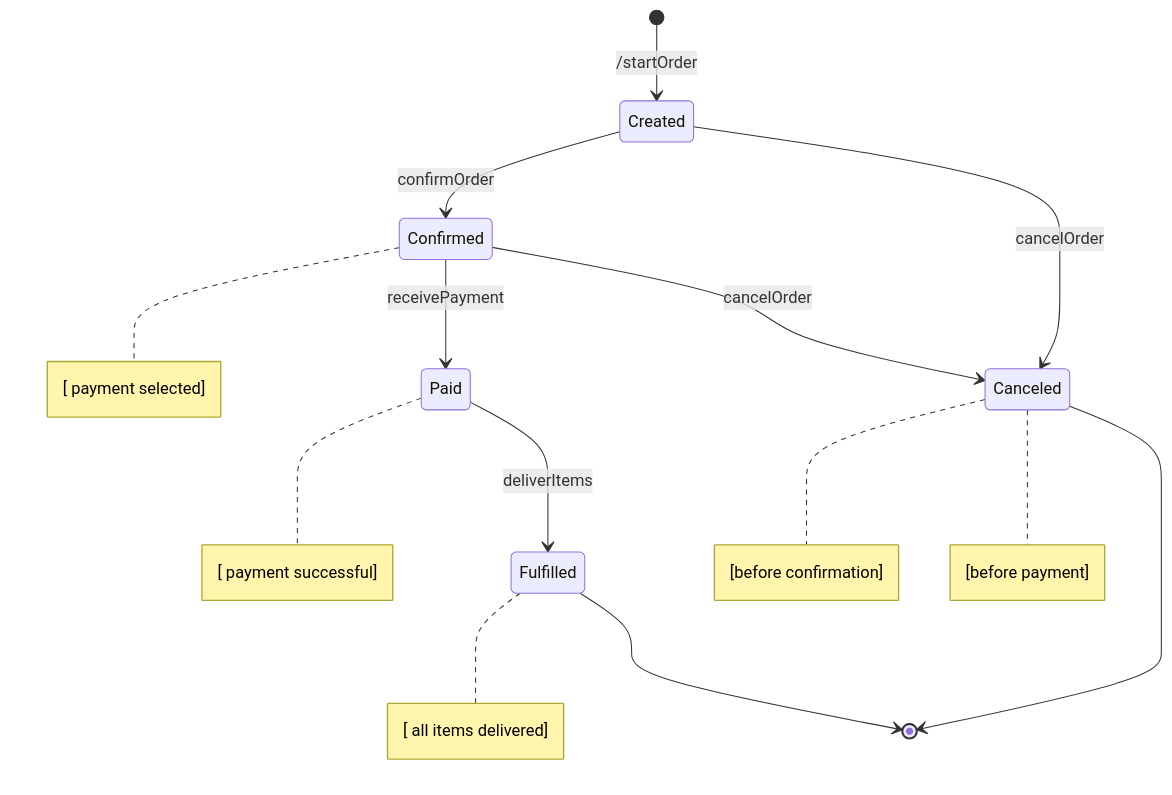
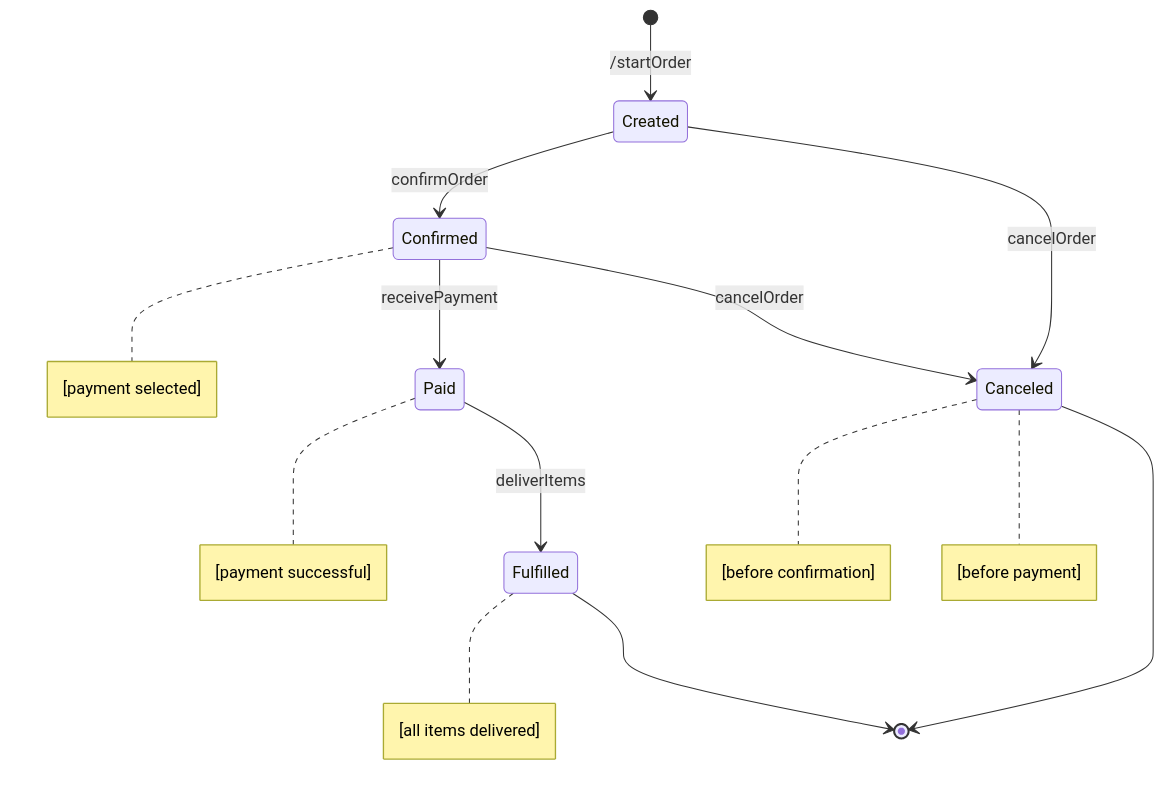
The third of 5 diagrams in State_Transition_Diagrams.md (NdumisoCPUT/informal-business-management), drawn with Mermaid before and after one commit. The commit also changed other lines of this file, not shown here.

````diff
--- a/State_Transition_Diagrams.md
+++ b/State_Transition_Diagrams.md
@@ -39,23 +39,23 @@
 ```mermaid
 stateDiagram-v2
     [*] --> Created : /startOrder
 
     Created --> Confirmed : confirmOrder  
-    note right of Confirmed : [ payment selected]
+    note right of Confirmed : [payment selected]
 
     Confirmed --> Paid : receivePayment  
-    note right of Paid : [ payment successful]
+    note right of Paid : [payment successful]
 
     Paid --> Fulfilled : deliverItems  
-    note right of Fulfilled : [ all items delivered]
+    note right of Fulfilled : [all items delivered]
 
     Created --> Canceled : cancelOrder  
     note right of Canceled : [before confirmation]
 
     Confirmed --> Canceled : cancelOrder  
     note right of Canceled : [before payment]
 
     Fulfilled --> [*]
     Canceled --> [*]
 
 ```
````
